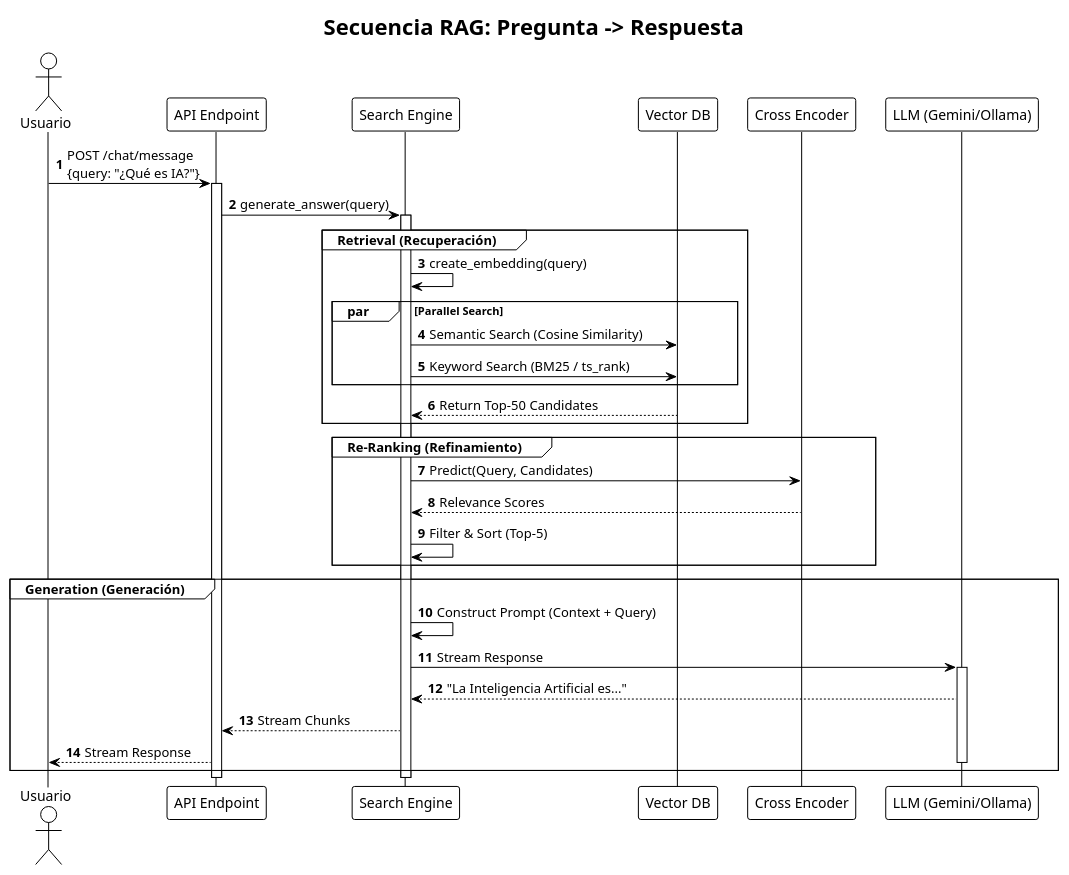
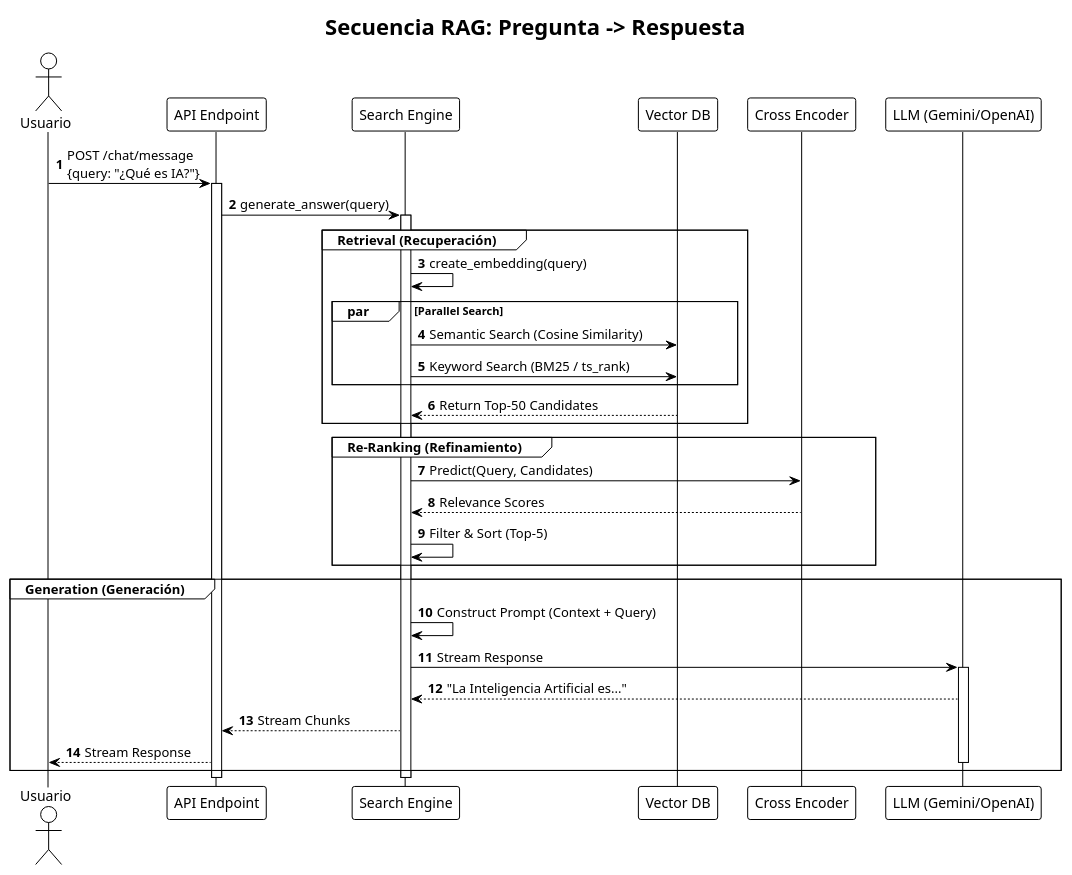
One commit to alexandervi1/ChatBot_IALatex changed the second of 4 diagrams in docs/ARCHITECTURE.md. Above: the diagram before and after it, drawn with PlantUML. The commit also changed other lines of this file and 86 other files, not shown here.

````diff
--- a/docs/ARCHITECTURE.md
+++ b/docs/ARCHITECTURE.md
@@ -82,50 +81,50 @@
 ```plantuml
 @startuml
 !theme plain
 autonumber
 title Secuencia RAG: Pregunta -> Respuesta
 
 actor Usuario
 participant "API Endpoint" as API
 participant "Search Engine" as Engine
 participant "Vector DB" as DB
 participant "Cross Encoder" as ReRanker
-participant "LLM (Gemini/Ollama)" as AI
+participant "LLM (Gemini/OpenAI)" as AI
 
 Usuario -> API: POST /chat/message\n{query: "¿Qué es IA?"}
 activate API
 
 API -> Engine: generate_answer(query)
 activate Engine
 
 group Retrieval (Recuperación)
     Engine -> Engine: create_embedding(query)
     
     par Parallel Search
         Engine -> DB: Semantic Search (Cosine Similarity)
         Engine -> DB: Keyword Search (BM25 / ts_rank)
     end
     
     DB --> Engine: Return Top-50 Candidates
 end
 
 group Re-Ranking (Refinamiento)
     Engine -> ReRanker: Predict(Query, Candidates)
     ReRanker --> Engine: Relevance Scores
     Engine -> Engine: Filter & Sort (Top-5)
 end
 
 group Generation (Generación)
     Engine -> Engine: Construct Prompt (Context + Query)
     Engine -> AI: Stream Response
     activate AI
     AI --> Engine: "La Inteligencia Artificial es..."
     Engine --> API: Stream Chunks
     API --> Usuario: Stream Response
     deactivate AI
 end
 
 deactivate Engine
 deactivate API
 @enduml
 ```
````
